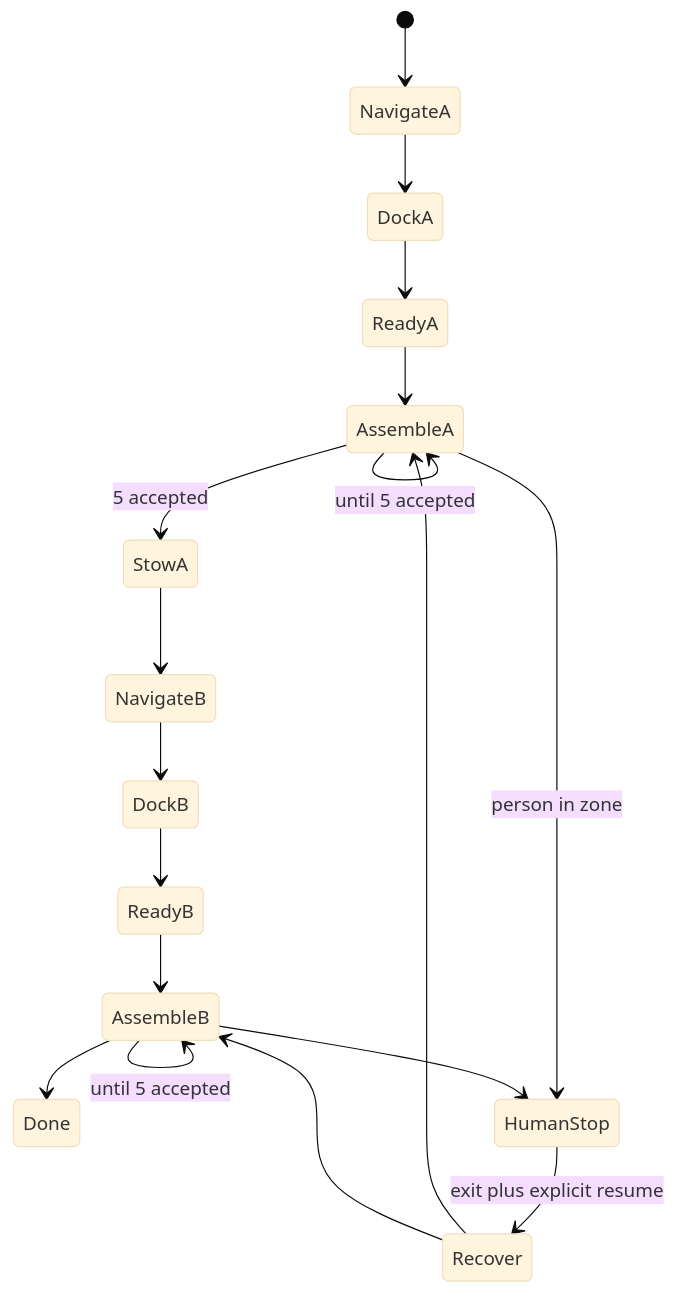
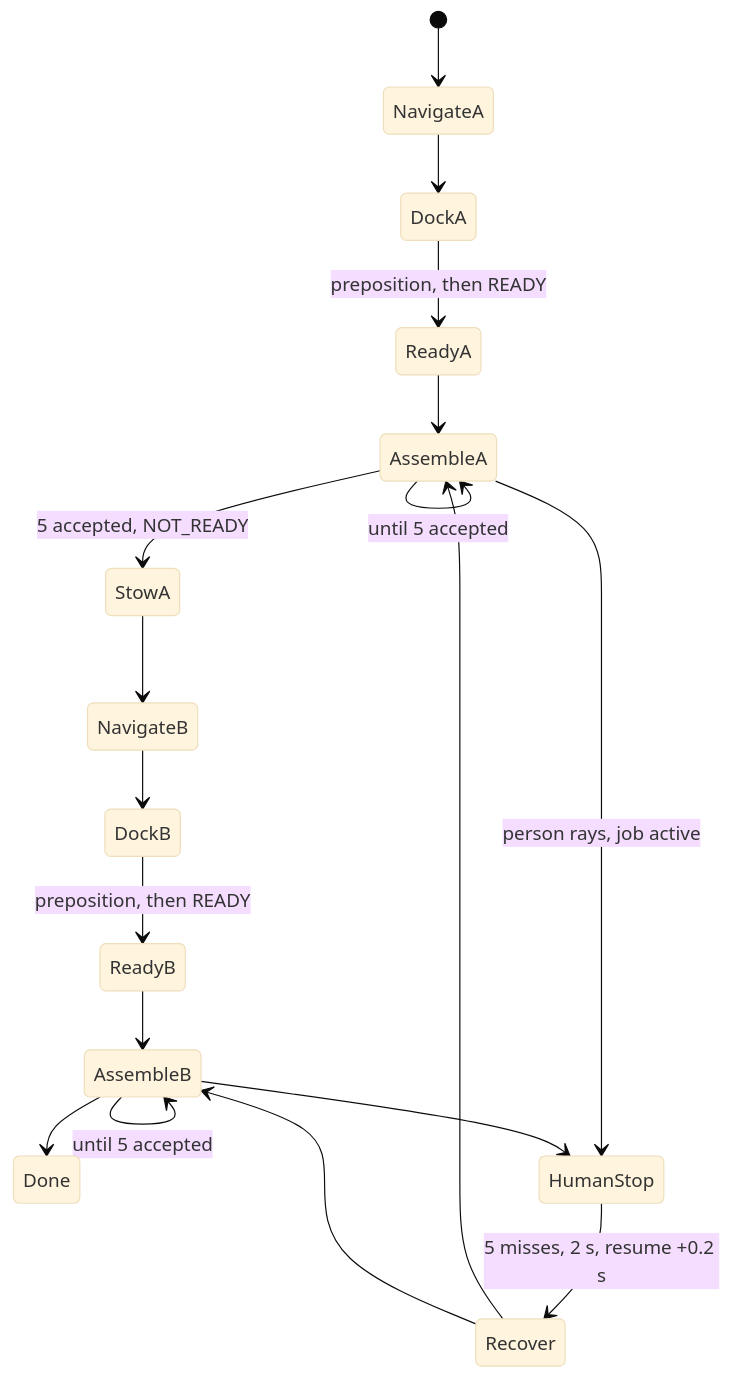
Before and after one commit to Gagan-v04/advaitic-robotic-systems-assignment: the diagram in docs/SOLUTION.md, drawn with Mermaid (base theme). The commit also changed other lines of this file and 13 other files, not shown here.

````diff
--- a/docs/SOLUTION.md
+++ b/docs/SOLUTION.md
@@ -85,20 +89,20 @@
 ```mermaid
 stateDiagram-v2
   [*] --> NavigateA
   NavigateA --> DockA
-  DockA --> ReadyA
+  DockA --> ReadyA: preposition, then READY
   ReadyA --> AssembleA
   AssembleA --> AssembleA: until 5 accepted
-  AssembleA --> StowA: 5 accepted
+  AssembleA --> StowA: 5 accepted, NOT_READY
   StowA --> NavigateB
   NavigateB --> DockB
-  DockB --> ReadyB
+  DockB --> ReadyB: preposition, then READY
   ReadyB --> AssembleB
   AssembleB --> AssembleB: until 5 accepted
   AssembleB --> Done
-  AssembleA --> HumanStop: person in zone
+  AssembleA --> HumanStop: person rays, job active
   AssembleB --> HumanStop
-  HumanStop --> Recover: exit plus explicit resume
+  HumanStop --> Recover: 5 misses, 2 s, resume +0.2 s
   Recover --> AssembleA
   Recover --> AssembleB
 ```
````
